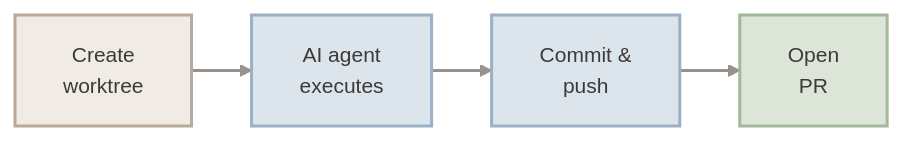
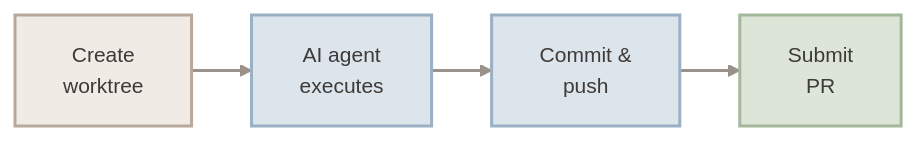
Before and after one commit to astro-anywhere/astro-agent: the second of 3 diagrams in README.md, drawn with Mermaid. The commit also changed other lines of this file, not shown here.

````diff
--- a/README.md
+++ b/README.md
@@ -190,30 +191,30 @@
 ```mermaid
 %%{init: {
   'theme': 'base',
   'themeVariables': {
     'primaryColor': '#e8e0d8',
     'primaryBorderColor': '#b8a99a',
     'primaryTextColor': '#3d3a37',
     'lineColor': '#9a918a',
     'textColor': '#3d3a37',
     'fontSize': '14px',
     'fontFamily': 'Palatino, Palatino Linotype, Georgia, serif',
     'edgeLabelBackground': '#f7f4f0'
   },
   'flowchart': {
     'nodeSpacing': 20,
     'rankSpacing': 40,
     'padding': 16,
     'htmlLabels': true,
     'curve': 'basis'
   }
 }}%%
 flowchart LR
     classDef warm fill:#f0ebe4,stroke:#b8a99a,stroke-width:2px,color:#3d3a37
     classDef mist fill:#dce4ec,stroke:#9ab0c4,stroke-width:2px,color:#3d3a37
     classDef sage fill:#dde5d9,stroke:#a3b89a,stroke-width:2px,color:#3d3a37
 
-    WT["Create<br/>worktree"]:::warm --> Run["AI agent<br/>executes"]:::mist --> Commit["Commit &amp;<br/>push"]:::mist --> PR["Open<br/>PR"]:::sage
+    WT["Create<br/>worktree"]:::warm --> Run["AI agent<br/>executes"]:::mist --> Commit["Commit &amp;<br/>push"]:::mist --> PR["Submit<br/>PR"]:::sage
 
     linkStyle default stroke:#9a918a,stroke-width:2px
 ```
````
